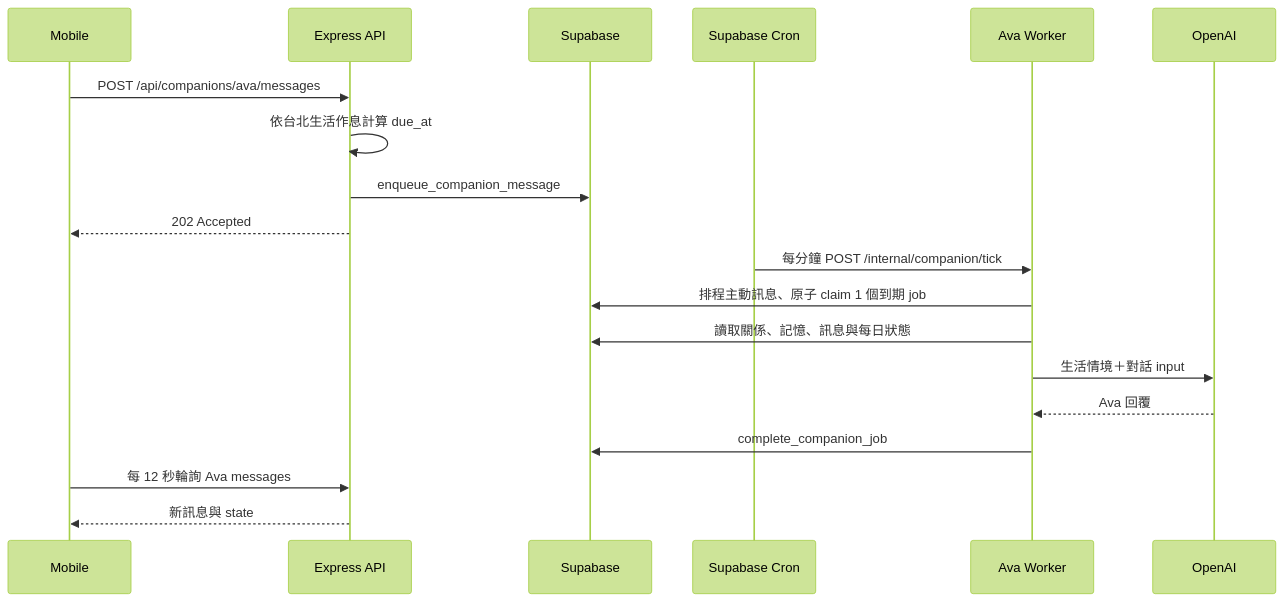
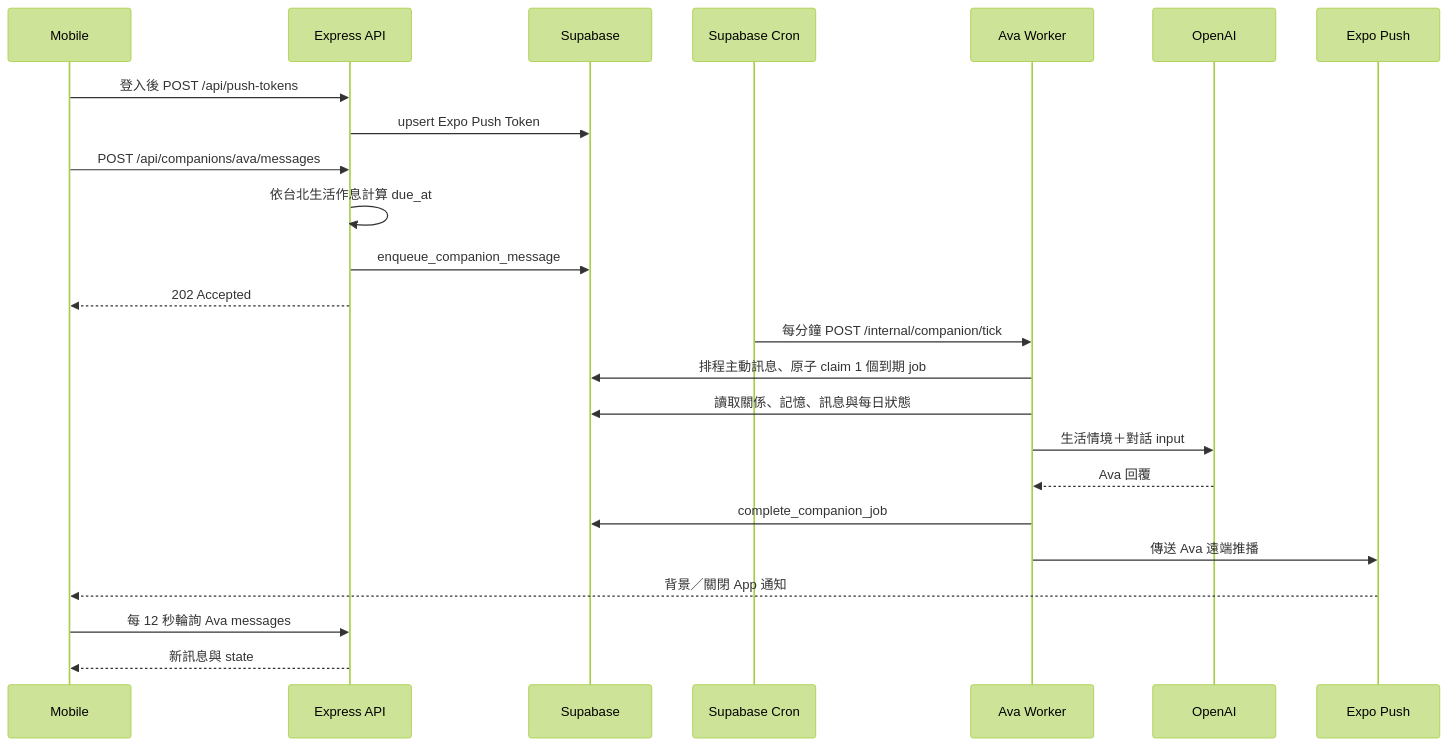
The fourth of 4 diagrams in docs/ARCHITECTURE.md (Live-Rocks/softplace), drawn with Mermaid (forest theme) before and after one commit. The commit also changed other lines of this file and 1 other file, not shown here.

Commit message:
docs: align Ava push architecture status

````diff
--- a/docs/ARCHITECTURE.md
+++ b/docs/ARCHITECTURE.md
@@ -90,22 +90,27 @@
 ```mermaid
 sequenceDiagram
     participant M as Mobile
     participant S as Express API
     participant DB as Supabase
     participant C as Supabase Cron
     participant W as Ava Worker
     participant O as OpenAI
+    participant P as Expo Push
 
+    M->>S: 登入後 POST /api/push-tokens
+    S->>DB: upsert Expo Push Token
     M->>S: POST /api/companions/ava/messages
     S->>S: 依台北生活作息計算 due_at
     S->>DB: enqueue_companion_message
     S-->>M: 202 Accepted
     C->>W: 每分鐘 POST /internal/companion/tick
     W->>DB: 排程主動訊息、原子 claim 1 個到期 job
     W->>DB: 讀取關係、記憶、訊息與每日狀態
     W->>O: 生活情境＋對話 input
     O-->>W: Ava 回覆
     W->>DB: complete_companion_job
+    W->>P: 傳送 Ava 遠端推播
+    P-->>M: 背景／關閉 App 通知
     M->>S: 每 12 秒輪詢 Ava messages
     S-->>M: 新訊息與 state
 ```
````
